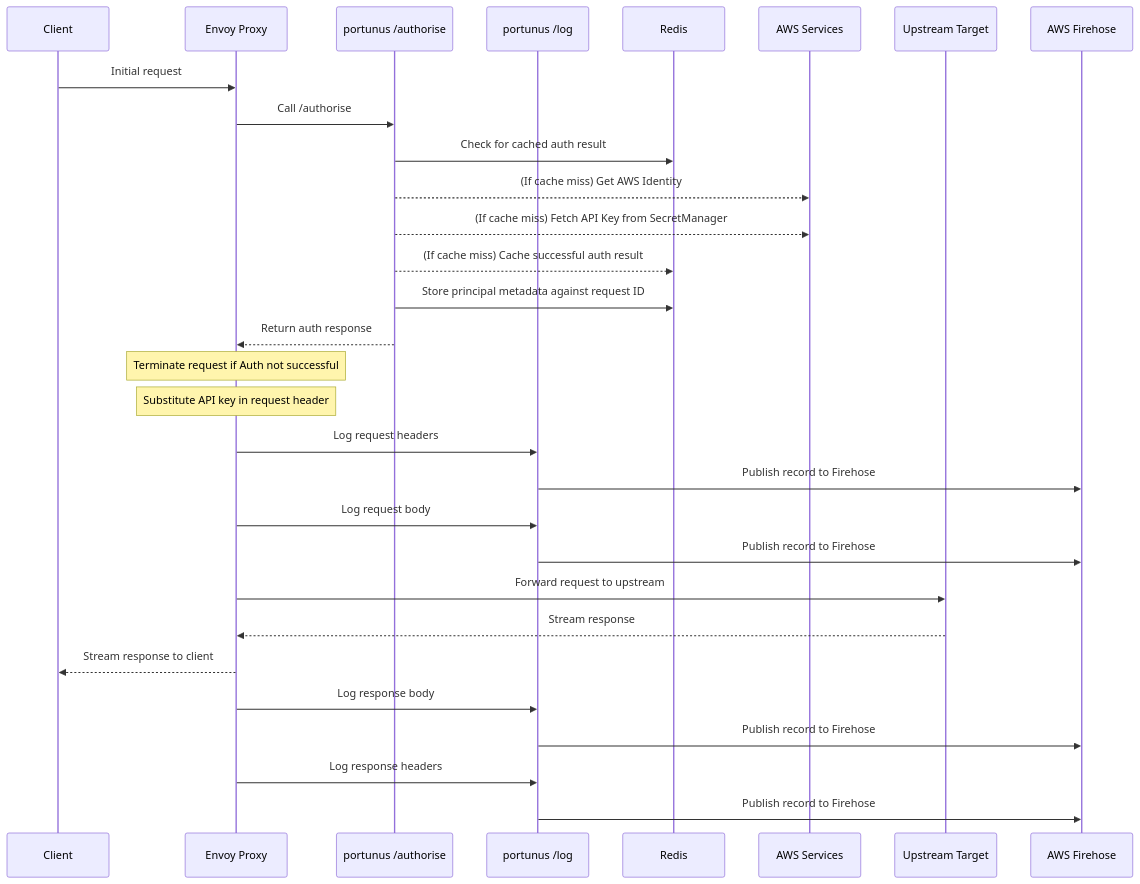
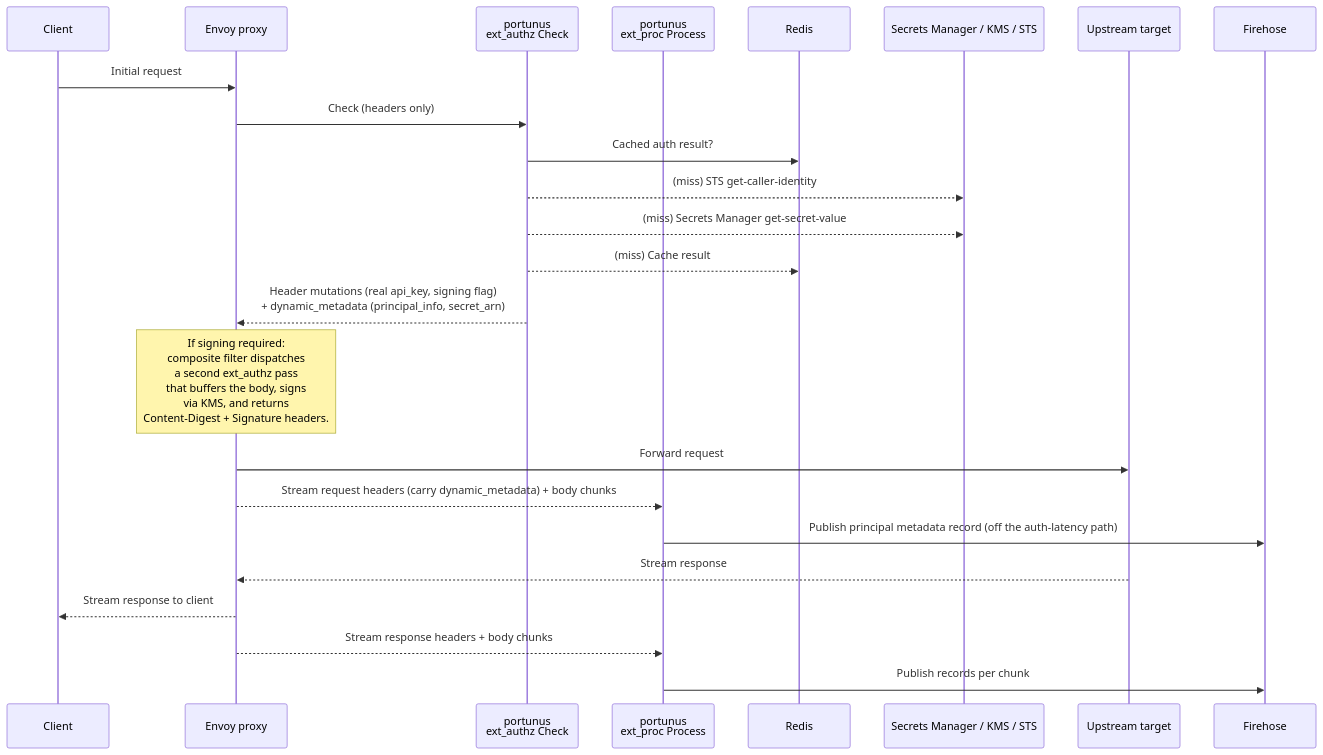
One commit to AI-Safety-Institute/portunus changed the diagram in README.md. Above: the diagram before and after it, drawn with Mermaid. The commit also changed other lines of this file and 80 other files, not shown here.

First line of the commit message:
feat: gRPC ext_authz + ext_proc, Envoy 1.36, retire REST + WS relay

````diff
--- a/README.md
+++ b/README.md
@@ -31,43 +27,29 @@
 ```mermaid
 sequenceDiagram
     participant Client
-    participant Envoy as Envoy Proxy
-    participant Auth as portunus /authorise
-    participant Portunus as portunus /log
+    participant Envoy as Envoy proxy
+    participant Auth as portunus<br/>ext_authz Check
+    participant Proc as portunus<br/>ext_proc Process
     participant Redis
-    participant AWS as AWS Services
-    participant Target as Upstream Target
-    participant Firehose as AWS Firehose
+    participant AWS as Secrets Manager / KMS / STS
+    participant Target as Upstream target
+    participant Firehose
 
     Client->>Envoy: Initial request
+    Envoy->>Auth: Check (headers only)
+    Auth->>Redis: Cached auth result?
+    Auth-->>AWS: (miss) STS get-caller-identity
+    Auth-->>AWS: (miss) Secrets Manager get-secret-value
+    Auth-->>Redis: (miss) Cache result
+    Auth-->>Envoy: Header mutations (real api_key, signing flag)<br/>+ dynamic_metadata (principal_info, secret_arn)
 
-    Envoy->>Auth: Call /authorise
-    Auth->>Redis: Check for cached auth result
+    Note over Envoy: If signing required:<br/>composite filter dispatches<br/>a second ext_authz pass<br/>that buffers the body, signs<br/>via KMS, and returns<br/>Content-Digest + Signature headers.
 
-    Auth-->>AWS: (If cache miss) Get AWS Identity
-    Auth-->>AWS: (If cache miss) Fetch API Key from SecretManager
-    Auth-->>Redis: (If cache miss) Cache successful auth result
-
-    Auth->>Redis: Store principal metadata against request ID
-    Auth-->>Envoy: Return auth response
-
-    Note over Envoy: Terminate request if Auth not successful
-    Note over Envoy: Substitute API key in request header
-
-    Envoy->>Portunus: Log request headers
-    Portunus->>Firehose: Publish record to Firehose
-
-    Envoy->>Portunus: Log request body
-    Portunus->>Firehose: Publish record to Firehose
-
-    Envoy->>Target: Forward request to upstream
-
+    Envoy->>Target: Forward request
+    Envoy-->>Proc: Stream request headers (carry dynamic_metadata) + body chunks
+    Proc->>Firehose: Publish principal metadata record (off the auth-latency path)
     Target-->>Envoy: Stream response
     Envoy-->>Client: Stream response to client
-
-    Envoy->>Portunus: Log response body
-    Portunus->>Firehose: Publish record to Firehose
-
-    Envoy->>Portunus: Log response headers
-    Portunus->>Firehose: Publish record to Firehose
+    Envoy-->>Proc: Stream response headers + body chunks
+    Proc->>Firehose: Publish records per chunk
 ```
````
